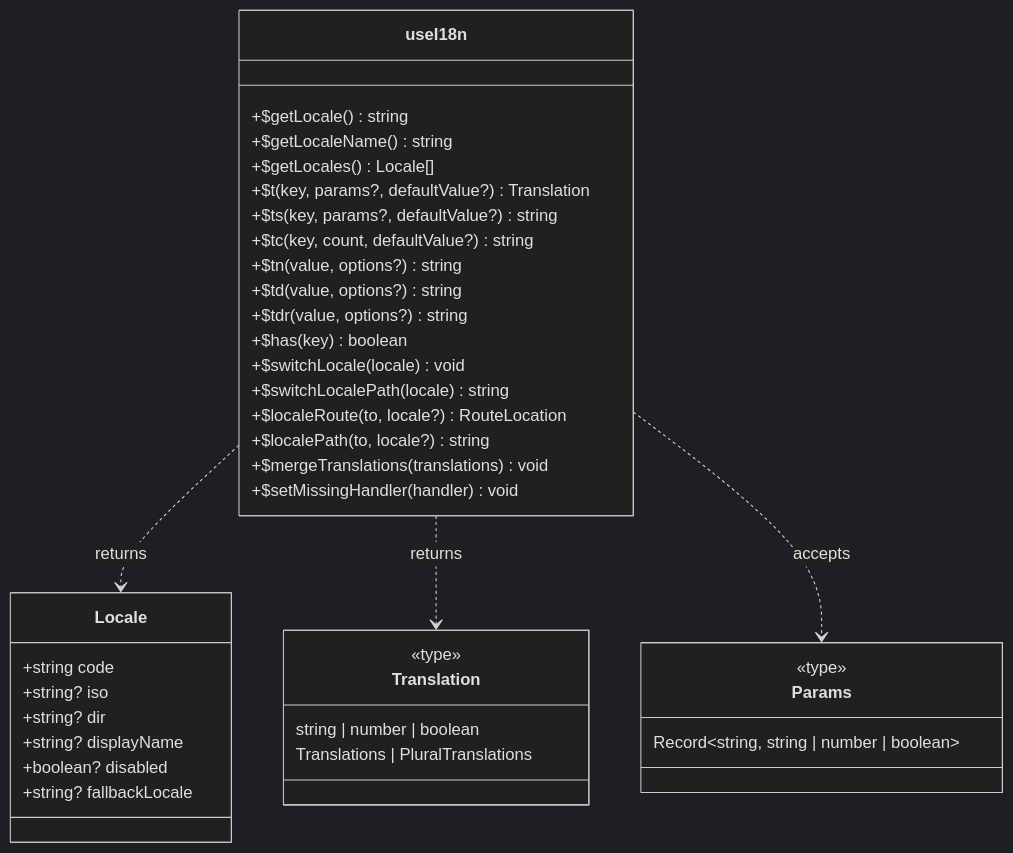
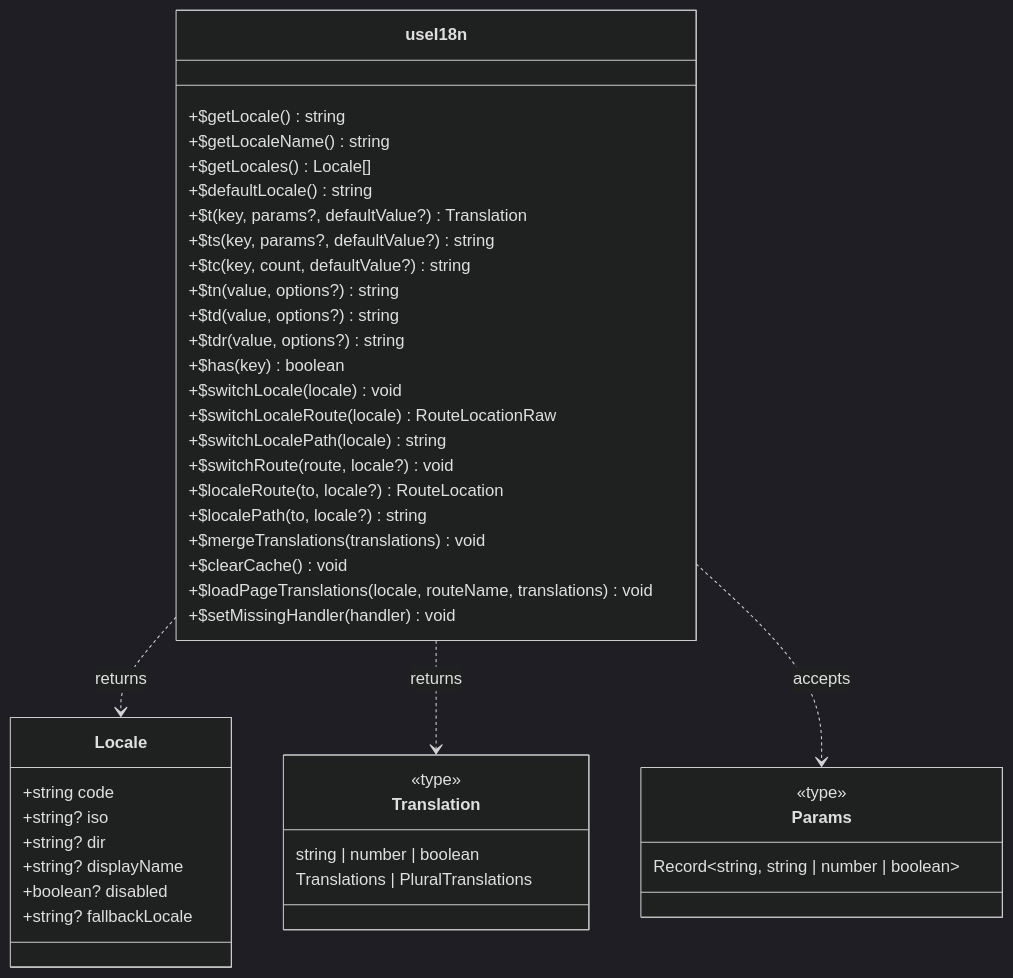
Before and after one commit to s00d/nuxt-i18n-micro: the diagram in docs/api/methods.md, drawn with Mermaid (dark theme). The commit also changed other lines of this file, not shown here.

Commit message:
docs(api/methods): add new translation and cache utility methods

````diff
--- a/docs/api/methods.md
+++ b/docs/api/methods.md
@@ -11,45 +11,50 @@
 ```mermaid
 classDiagram
     class useI18n {
         +$getLocale() string
         +$getLocaleName() string
         +$getLocales() Locale[]
+        +$defaultLocale() string
         +$t(key, params?, defaultValue?) Translation
         +$ts(key, params?, defaultValue?) string
         +$tc(key, count, defaultValue?) string
         +$tn(value, options?) string
         +$td(value, options?) string
         +$tdr(value, options?) string
         +$has(key) boolean
         +$switchLocale(locale) void
+        +$switchLocaleRoute(locale) RouteLocationRaw
         +$switchLocalePath(locale) string
+        +$switchRoute(route, locale?) void
         +$localeRoute(to, locale?) RouteLocation
         +$localePath(to, locale?) string
         +$mergeTranslations(translations) void
+        +$clearCache() void
+        +$loadPageTranslations(locale, routeName, translations) void
         +$setMissingHandler(handler) void
     }
     
     class Locale {
         +string code
         +string? iso
         +string? dir
         +string? displayName
         +boolean? disabled
         +string? fallbackLocale
     }
     
     class Translation {
         <<type>>
         string | number | boolean
         Translations | PluralTranslations
     }
     
     class Params {
         <<type>>
         Record~string, string | number | boolean~
     }
     
     useI18n ..> Locale : returns
     useI18n ..> Translation : returns
     useI18n ..> Params : accepts
 ```
````
